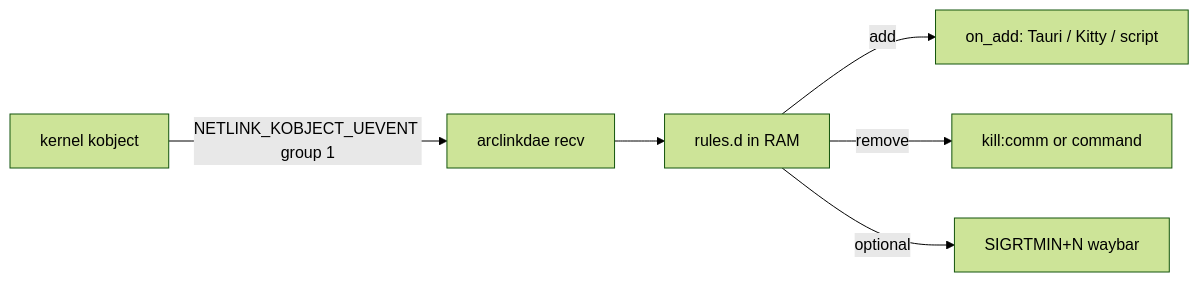
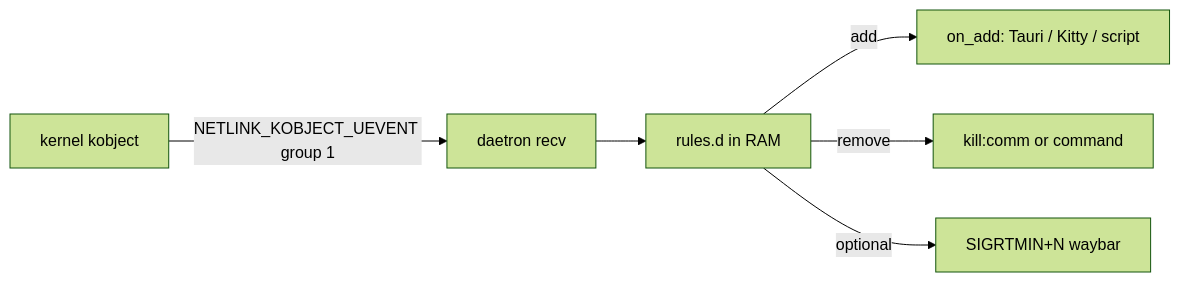
One commit to Arcioth/daetron changed the second of 3 diagrams in README.md. Above: the diagram before and after it, drawn with Mermaid (forest theme). The commit also changed other lines of this file and 12 other files, not shown here.

First line of the commit message:
Rename project from arclinkdae to daetron

````diff
--- a/README.md
+++ b/README.md
@@ -76,8 +76,8 @@
 ```mermaid
 flowchart LR
-  K[kernel kobject] -->|NETLINK_KOBJECT_UEVENT group 1| S[arclinkdae recv]
+  K[kernel kobject] -->|NETLINK_KOBJECT_UEVENT group 1| S[daetron recv]
   S --> R[rules.d in RAM]
   R -->|add| A["on_add: Tauri / Kitty / script"]
   R -->|remove| KILL[kill:comm or command]
   R -->|optional| W[SIGRTMIN+N waybar]
 ```
````
